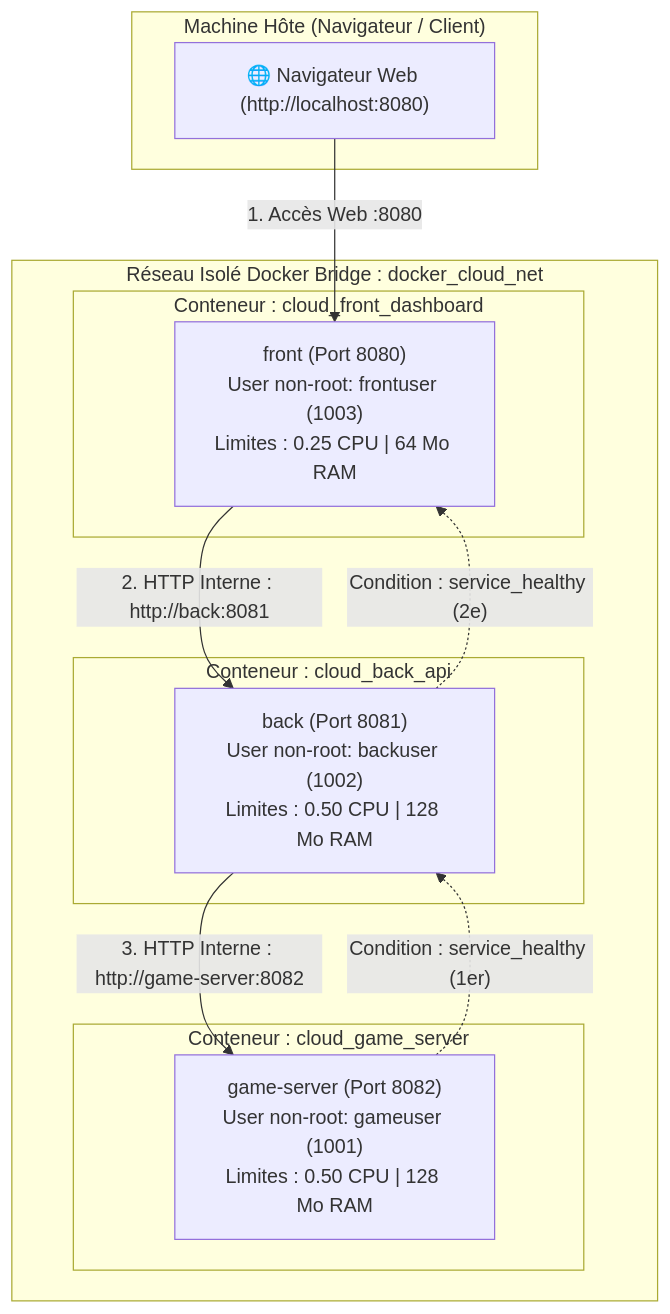
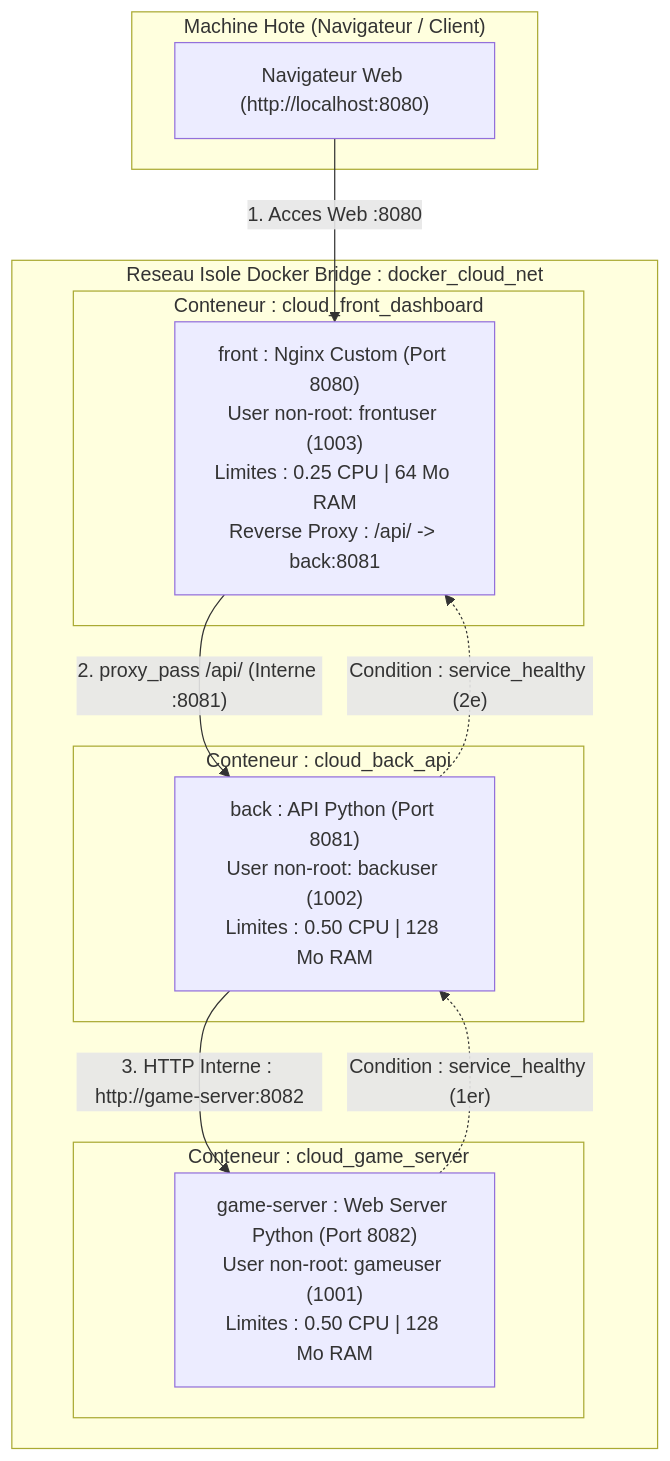
The diagram in architecture.mermaid (Syrioth/Training_Docker), drawn with Mermaid before and after one commit. The commit also changed 3 other files, not shown here.

````diff
--- a/architecture.mermaid
+++ b/architecture.mermaid
@@ -1,30 +1,30 @@
 ```mermaid
 flowchart TD
-    %% Architecture Docker Cloud - Master M1 (Hello World)
-    subgraph MachineHote["Machine Hôte (Navigateur / Client)"]
-        Browser["🌐 Navigateur Web (http://localhost:8080)"]
+    %% Architecture Docker Cloud - Master M1 (Front Nginx, Back, Game-Server)
+    subgraph MachineHote["Machine Hote (Navigateur / Client)"]
+        Browser["Navigateur Web (http://localhost:8080)"]
     end
 
-    subgraph ReseauDocker["Réseau Isolé Docker Bridge : docker_cloud_net"]
+    subgraph ReseauDocker["Reseau Isole Docker Bridge : docker_cloud_net"]
         subgraph FrontContainer["Conteneur : cloud_front_dashboard"]
-            Front["front (Port 8080)<br/>User non-root: frontuser (1003)<br/>Limites : 0.25 CPU | 64 Mo RAM"]
+            Front["front : Nginx Custom (Port 8080)<br/>User non-root: frontuser (1003)<br/>Limites : 0.25 CPU | 64 Mo RAM<br/>Reverse Proxy : /api/ -> back:8081"]
         end
 
         subgraph BackContainer["Conteneur : cloud_back_api"]
-            Back["back (Port 8081)<br/>User non-root: backuser (1002)<br/>Limites : 0.50 CPU | 128 Mo RAM"]
+            Back["back : API Python (Port 8081)<br/>User non-root: backuser (1002)<br/>Limites : 0.50 CPU | 128 Mo RAM"]
         end
 
         subgraph GameContainer["Conteneur : cloud_game_server"]
-            Game["game-server (Port 8082)<br/>User non-root: gameuser (1001)<br/>Limites : 0.50 CPU | 128 Mo RAM"]
+            Game["game-server : Web Server Python (Port 8082)<br/>User non-root: gameuser (1001)<br/>Limites : 0.50 CPU | 128 Mo RAM"]
         end
     end
 
-    %% Flux réseau
-    Browser -->|"1. Accès Web :8080"| Front
-    Front -->|"2. HTTP Interne : http://back:8081"| Back
+    %% Flux reseau
+    Browser -->|"1. Acces Web :8080"| Front
+    Front -->|"2. proxy_pass /api/ (Interne :8081)"| Back
     Back -->|"3. HTTP Interne : http://game-server:8082"| Game
 
-    %% Ordre de démarrage garanti
+    %% Ordre de demarrage garanti
     Game -.->|"Condition : service_healthy (1er)"| Back
     Back -.->|"Condition : service_healthy (2e)"| Front
 ```
````
